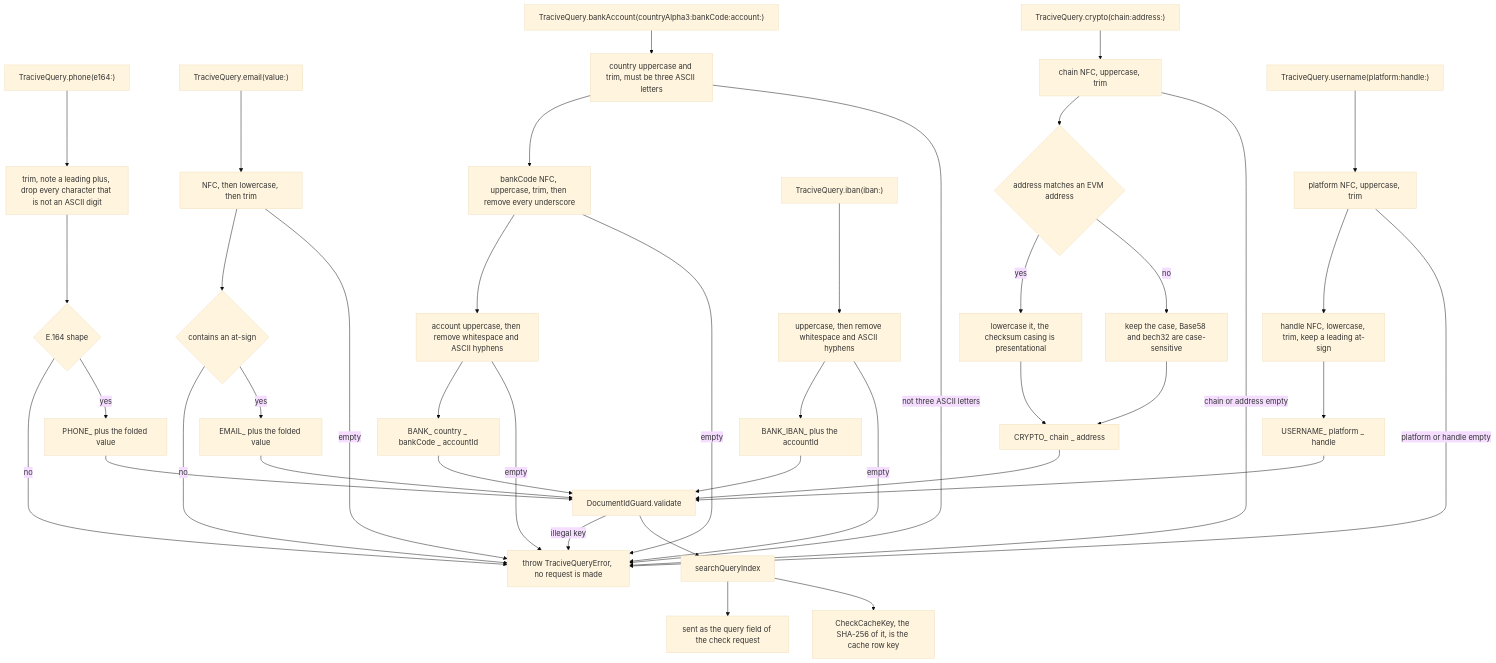
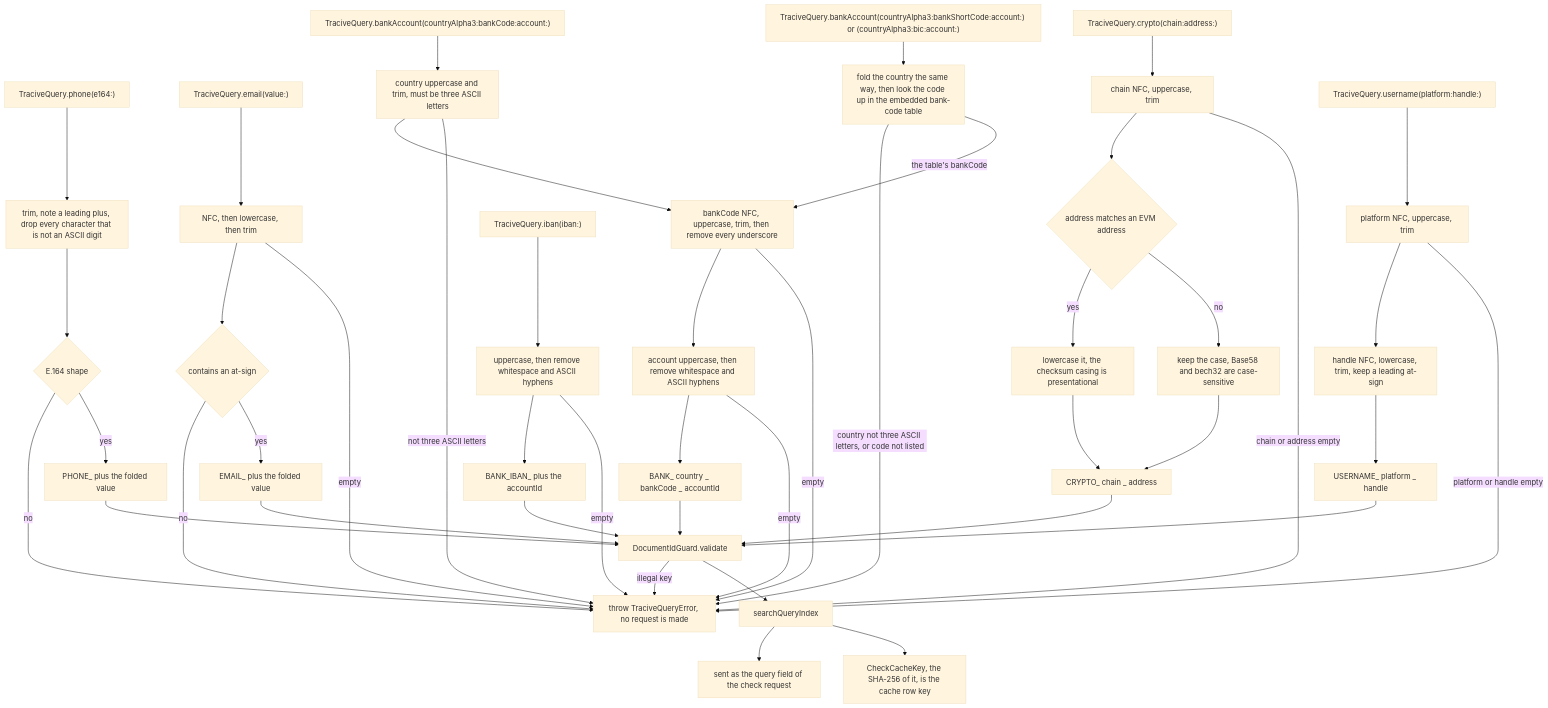
One commit to pleistocent/tracive-sdk-swift changed the fifth of 5 diagrams in Docs/architecture.md. Above: the diagram before and after it, drawn with Mermaid (base theme). The commit also changed other lines of this file and 13 other files, not shown here.

First line of the commit message:
feat(query): name a bank by its national bank code or BIC

````diff
--- a/Docs/architecture.md
+++ b/Docs/architecture.md
@@ -518,70 +518,76 @@
 ```mermaid
 flowchart TD
   P["TraciveQuery.phone(e164:)"]
   P1["trim, note a leading plus, drop every character that is not an ASCII digit"]
   P2{"E.164 shape"}
   P3["PHONE_ plus the folded value"]
 
   E["TraciveQuery.email(value:)"]
   E1["NFC, then lowercase, then trim"]
   E2{"contains an at-sign"}
   E3["EMAIL_ plus the folded value"]
 
   B["TraciveQuery.bankAccount(countryAlpha3:bankCode:account:)"]
   B1["country uppercase and trim, must be three ASCII letters"]
   B2["bankCode NFC, uppercase, trim, then remove every underscore"]
   B3["account uppercase, then remove whitespace and ASCII hyphens"]
   B4["BANK_ country _ bankCode _ accountId"]
+
+  BS["TraciveQuery.bankAccount(countryAlpha3:bankShortCode:account:) or (countryAlpha3:bic:account:)"]
+  BS1["fold the country the same way, then look the code up in the embedded bank-code table"]
 
   I["TraciveQuery.iban(iban:)"]
   I1["uppercase, then remove whitespace and ASCII hyphens"]
   I2["BANK_IBAN_ plus the accountId"]
 
   C["TraciveQuery.crypto(chain:address:)"]
   C1["chain NFC, uppercase, trim"]
   C2{"address matches an EVM address"}
   C3["lowercase it, the checksum casing is presentational"]
   C4["keep the case, Base58 and bech32 are case-sensitive"]
   C5["CRYPTO_ chain _ address"]
 
   U["TraciveQuery.username(platform:handle:)"]
   U1["platform NFC, uppercase, trim"]
   U2["handle NFC, lowercase, trim, keep a leading at-sign"]
   U3["USERNAME_ platform _ handle"]
 
   G["DocumentIdGuard.validate"]
   REJ["throw TraciveQueryError, no request is made"]
   SQI["searchQueryIndex"]
   WIRE["sent as the query field of the check request"]
   HASH["CheckCacheKey, the SHA-256 of it, is the cache row key"]
 
   P --> P1 --> P2
   P2 -->|"no"| REJ
   P2 -->|"yes"| P3 --> G
 
   E --> E1 --> E2
   E1 -->|"empty"| REJ
   E2 -->|"no"| REJ
   E2 -->|"yes"| E3 --> G
 
   B --> B1 --> B2 --> B3 --> B4 --> G
+  BS --> BS1
+  BS1 -->|"country not three ASCII letters, or code not listed"| REJ
+  BS1 -->|"the table's bankCode"| B2
   B1 -->|"not three ASCII letters"| REJ
   B2 -->|"empty"| REJ
   B3 -->|"empty"| REJ
   I --> I1 --> I2 --> G
   I1 -->|"empty"| REJ
 
   C --> C1 --> C2
   C1 -->|"chain or address empty"| REJ
   C2 -->|"yes"| C3 --> C5
   C2 -->|"no"| C4 --> C5
   C5 --> G
 
   U --> U1 --> U2 --> U3 --> G
   U1 -->|"platform or handle empty"| REJ
 
   G -->|"illegal key"| REJ
   G --> SQI
   SQI --> WIRE
   SQI --> HASH
 ```
````
